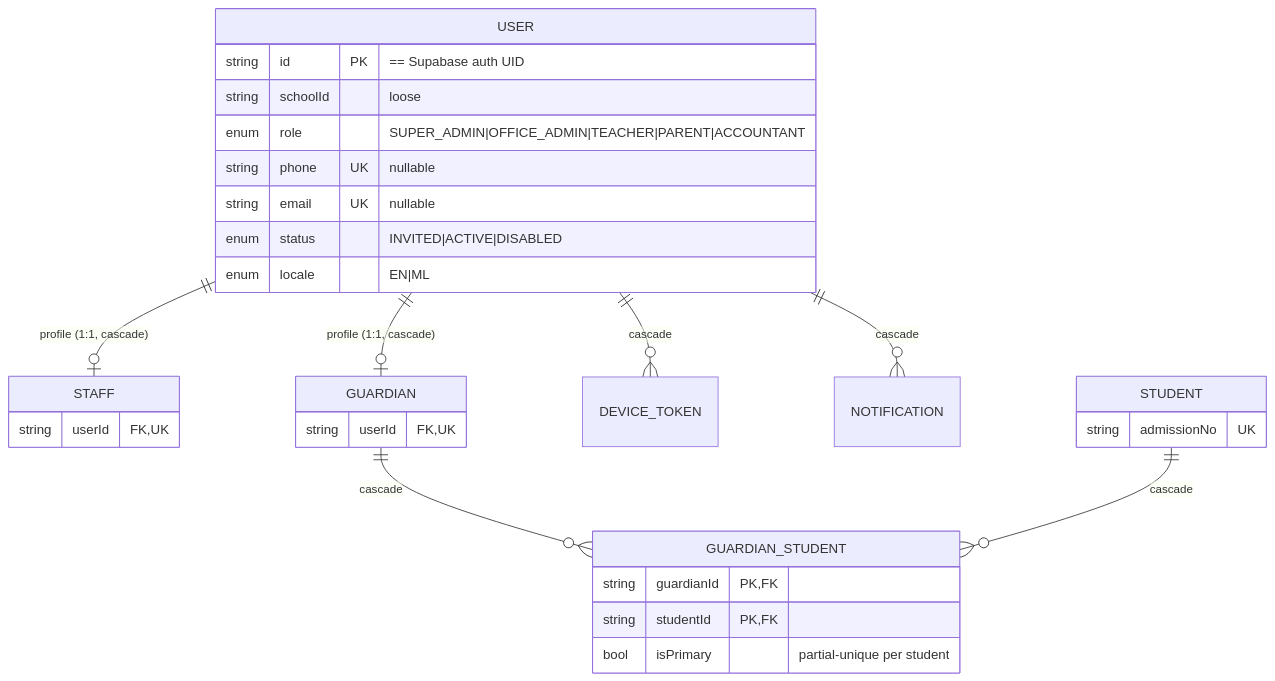
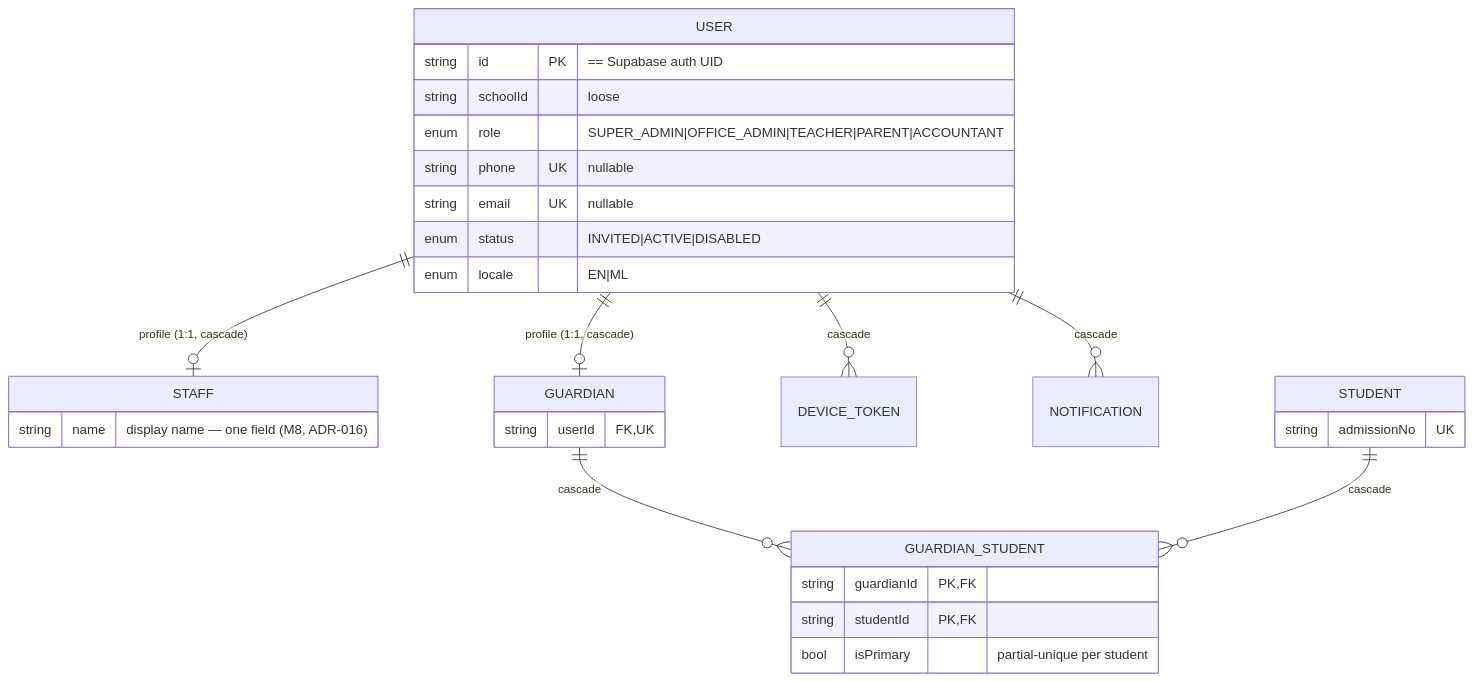
Before and after one commit to sarangs1621/MobileApp: the first of 7 diagrams in docs/DB_RELATIONSHIP_DIAGRAM.md, drawn with Mermaid. The commit also changed 8 other files, not shown here.

First line of the commit message:
docs(m8): milestone doc + reconcile stale "no name" notes (M8, ADR-016)

````diff
--- a/docs/DB_RELATIONSHIP_DIAGRAM.md
+++ b/docs/DB_RELATIONSHIP_DIAGRAM.md
@@ -13,27 +13,27 @@
 ```mermaid
 erDiagram
     USER ||--o| STAFF : "profile (1:1, cascade)"
     USER ||--o| GUARDIAN : "profile (1:1, cascade)"
     USER ||--o{ DEVICE_TOKEN : "cascade"
     USER ||--o{ NOTIFICATION : "cascade"
     GUARDIAN ||--o{ GUARDIAN_STUDENT : "cascade"
     STUDENT ||--o{ GUARDIAN_STUDENT : "cascade"
 
     USER {
         string id PK "== Supabase auth UID"
         string schoolId "loose"
         enum role "SUPER_ADMIN|OFFICE_ADMIN|TEACHER|PARENT|ACCOUNTANT"
         string phone UK "nullable"
         string email UK "nullable"
         enum status "INVITED|ACTIVE|DISABLED"
         enum locale "EN|ML"
     }
-    STAFF { string userId FK,UK "" }
+    STAFF { string name "display name — one field (M8, ADR-016)" }
     GUARDIAN { string userId FK,UK "" }
     STUDENT { string admissionNo UK "" }
     GUARDIAN_STUDENT {
         string guardianId PK,FK ""
         string studentId PK,FK ""
         bool isPrimary "partial-unique per student"
     }
 ```
````
